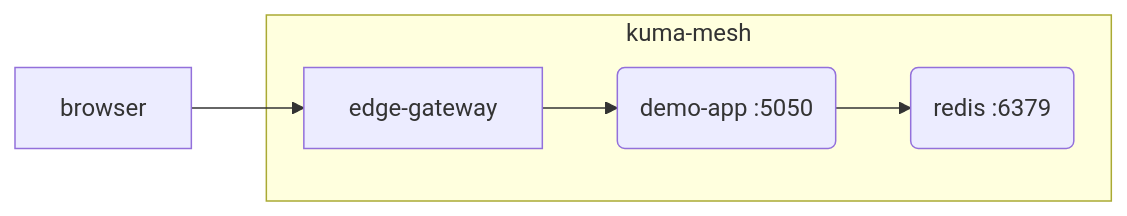
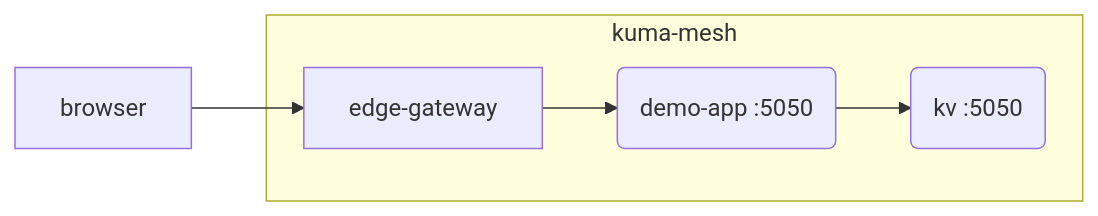
Before and after one commit to kumahq/kuma-counter-demo: the diagram in README.md, drawn with Mermaid. The commit also changed other lines of this file and 15 other files, not shown here.

````diff
--- a/README.md
+++ b/README.md
@@ -25,13 +25,13 @@
 ```mermaid
 flowchart LR
 browser
 
 subgraph kuma-mesh
 edge-gateway
 demo-app(demo-app :5050)
-redis(redis :6379)
+kv(kv :5050)
 end
 edge-gateway --> demo-app
-demo-app --> redis
+demo-app --> kv
 browser --> edge-gateway
 ```
````
